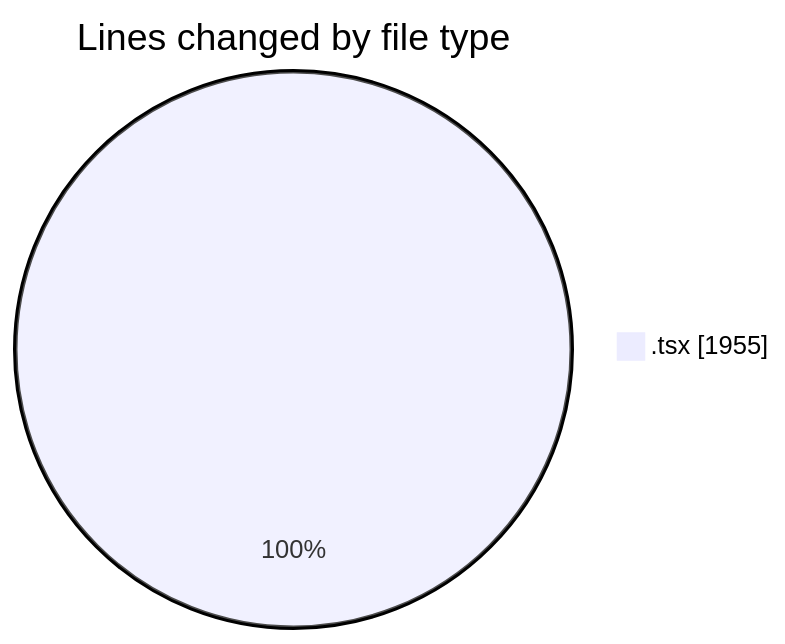
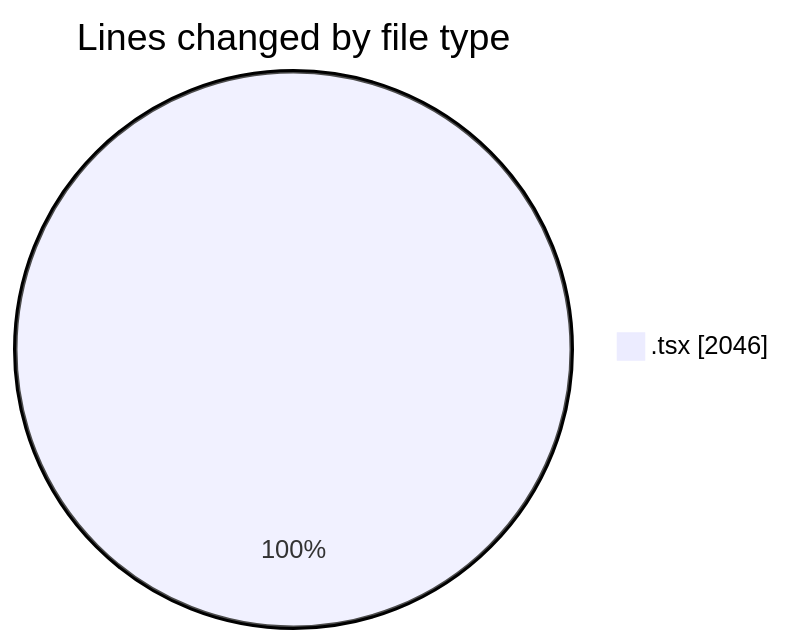
Before and after one commit to momahboobian/code-tracking: the first of 2 diagrams in 2025-06-13/cda/README.md, drawn with Mermaid. The commit also changed other lines of this file and 1 other file, not shown here.

````diff
--- a/2025-06-13/cda/README.md
+++ b/2025-06-13/cda/README.md
@@ -25,5 +25,5 @@
 ```mermaid
 pie showData
 title Lines changed by file type
-".tsx" : 1955
+".tsx" : 2046
 ```
````
